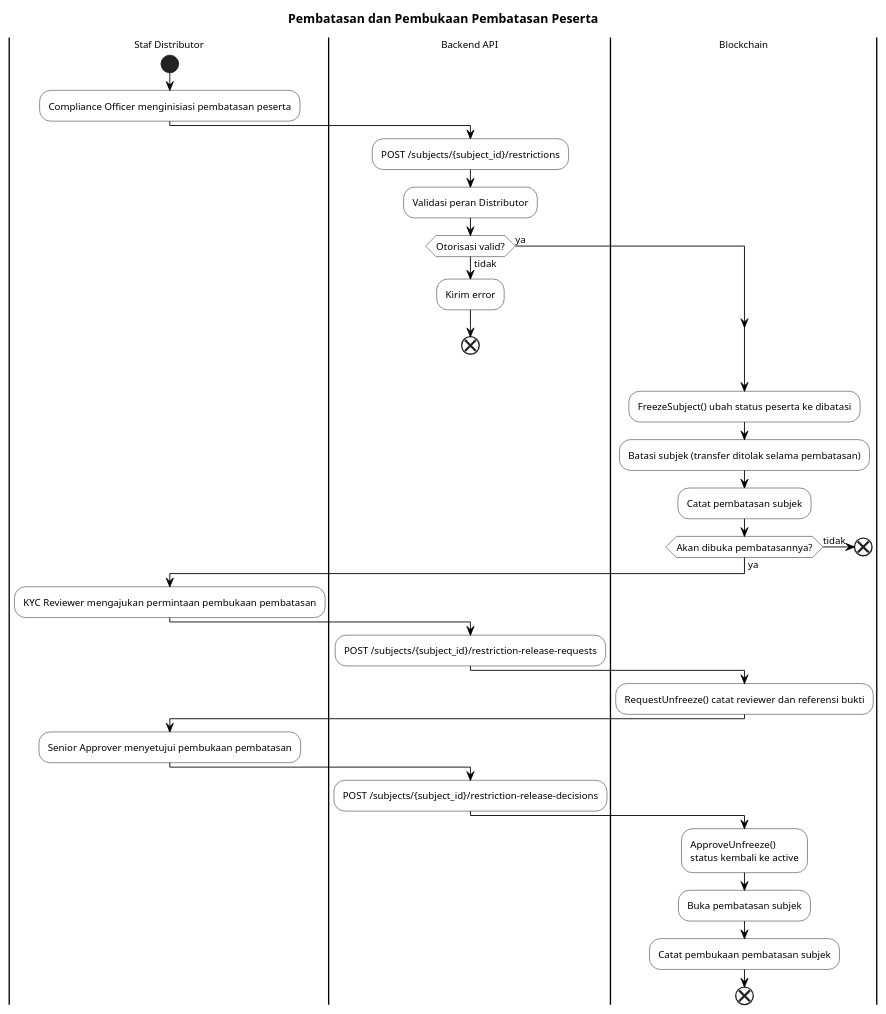
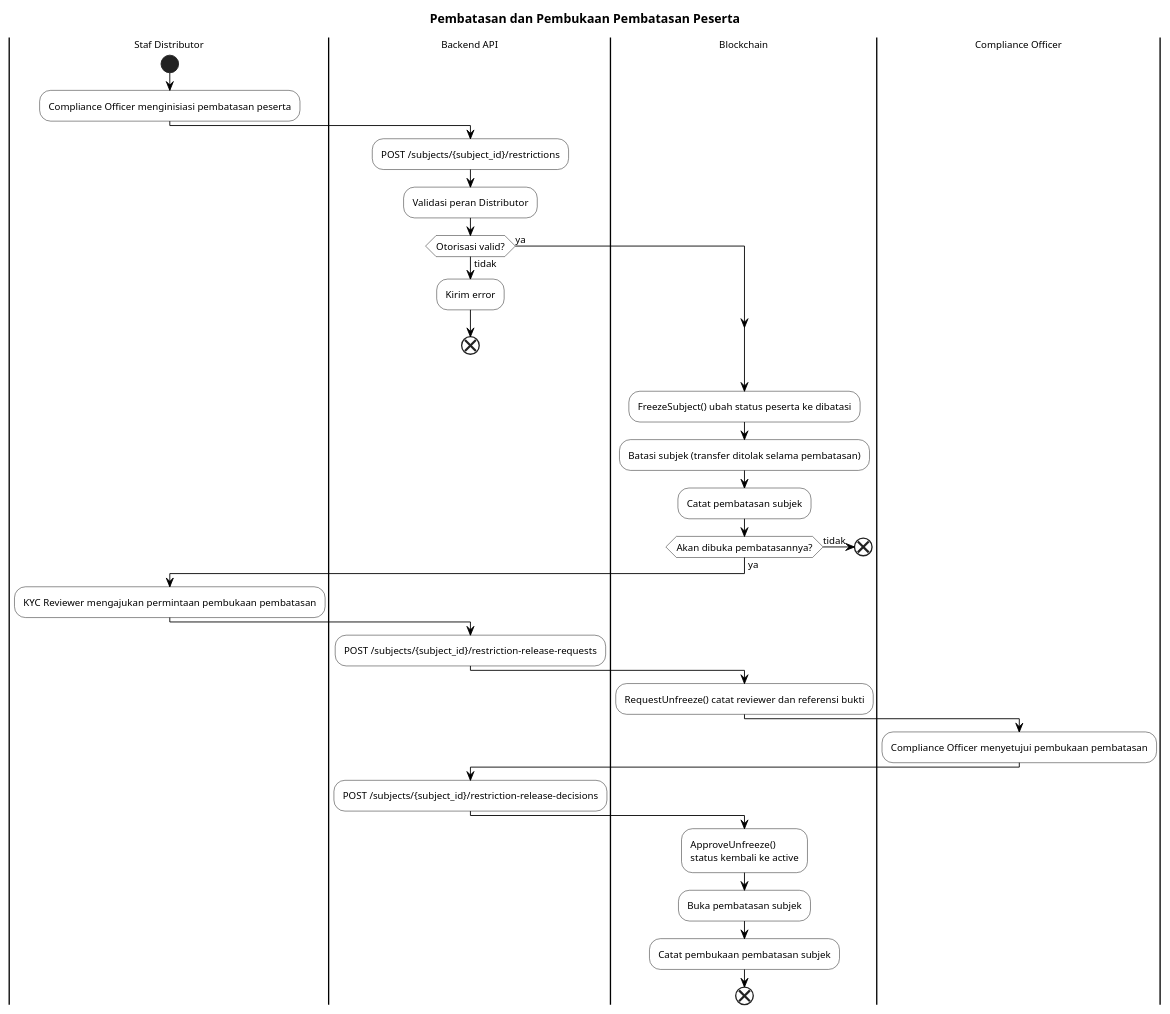
The sixth of 7 diagrams in bi-coin-fabric/docs/diagrams/plantuml/activity-diagrams.puml (mfachrizalg/bi-coin), drawn with PlantUML before and after one commit. The commit also changed other lines of this file and 37 other files, not shown here.

```diff
--- a/bi-coin-fabric/docs/diagrams/plantuml/activity-diagrams.puml
+++ b/bi-coin-fabric/docs/diagrams/plantuml/activity-diagrams.puml
@@ -298,63 +298,63 @@
 @startuml AD08-Pembekuan-Peserta
 skinparam monochrome true
 skinparam defaultFontSize 11
 skinparam activityFontSize 11
 skinparam activityBackgroundColor white
 skinparam activityBorderColor black
 skinparam activityDiamondBackgroundColor white
 skinparam activityDiamondBorderColor black
 skinparam arrowColor black
 skinparam noteBackgroundColor white
 skinparam noteBorderColor black
 skinparam swimlaneBorderColor black
 skinparam partitionBorderColor black
 
 title Pembatasan dan Pembukaan Pembatasan Peserta
 
 |Staf Distributor|
 start
 :Compliance Officer menginisiasi pembatasan peserta;
 
 |Backend API|
 :POST /subjects/{subject_id}/restrictions;
 :Validasi peran Distributor;
 
 if (Otorisasi valid?) then (tidak)
   :Kirim error;
   end
 else (ya)
 endif
 
 |Blockchain|
 :FreezeSubject() ubah status peserta ke dibatasi;
 :Batasi subjek (transfer ditolak selama pembatasan);
 :Catat pembatasan subjek;
 
 if (Akan dibuka pembatasannya?) then (tidak)
   end
 else (ya)
 endif
 
 |Staf Distributor|
 :KYC Reviewer mengajukan permintaan pembukaan pembatasan;
 
 |Backend API|
 :POST /subjects/{subject_id}/restriction-release-requests;
 
 |Blockchain|
 :RequestUnfreeze() catat reviewer dan referensi bukti;
 
-|Staf Distributor|
-:Senior Approver menyetujui pembukaan pembatasan;
+|Compliance Officer|
+:Compliance Officer menyetujui pembukaan pembatasan;
 
 |Backend API|
 :POST /subjects/{subject_id}/restriction-release-decisions;
 
 |Blockchain|
 :ApproveUnfreeze()
 status kembali ke active;
 :Buka pembatasan subjek;
 :Catat pembukaan pembatasan subjek;
 end
 
 @enduml
```
